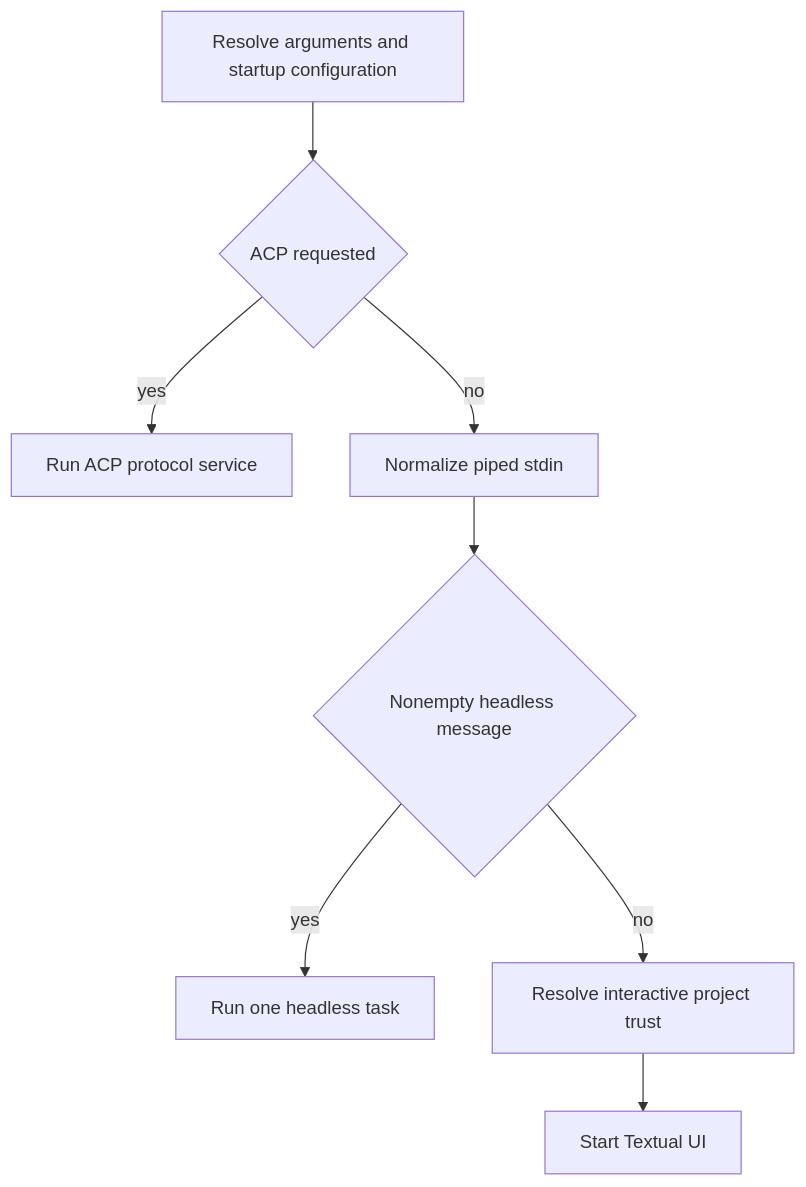
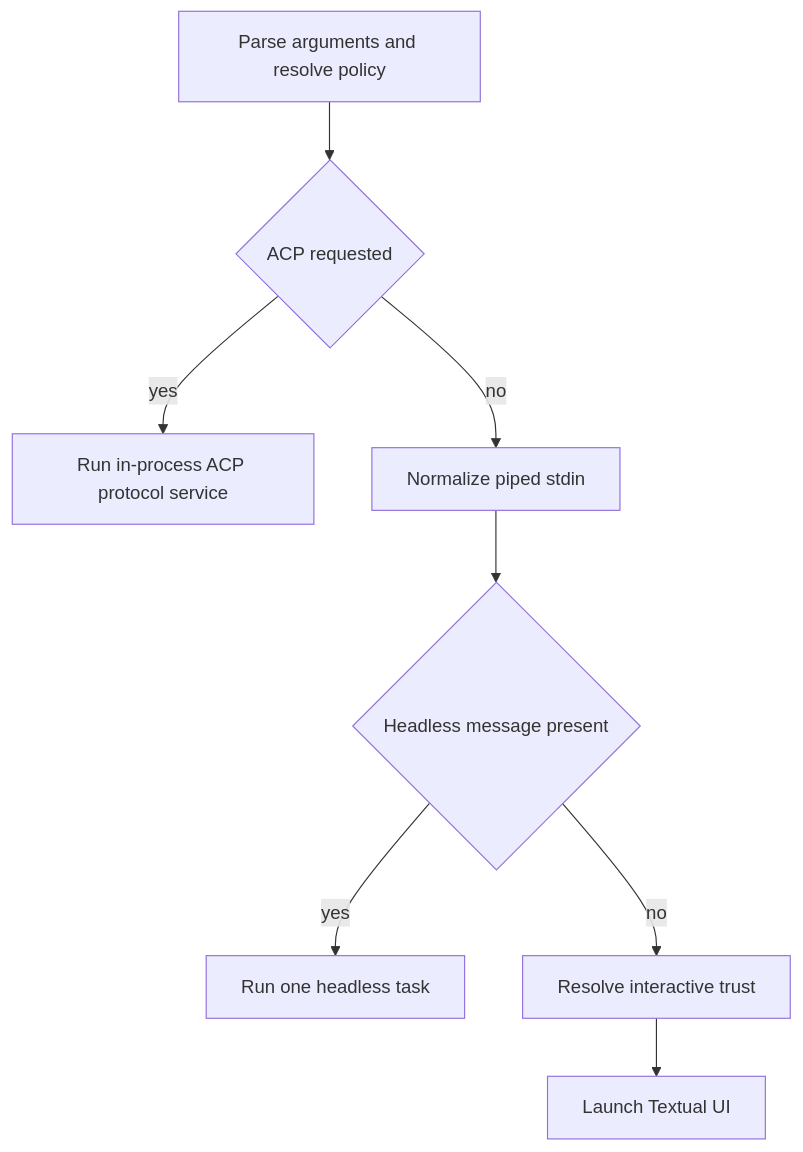
The first of 4 diagrams in openwiki/workflows/run-dcode-session.md (langchain-ai/deepagents), drawn with Mermaid before and after one commit. The commit also changed other lines of this file and 33 other files, not shown here.

````diff
--- a/openwiki/workflows/run-dcode-session.md
+++ b/openwiki/workflows/run-dcode-session.md
@@ -67,10 +53,10 @@
 ```mermaid
 flowchart TD
-    Args["Resolve arguments and startup configuration"] --> AcpChoice{"ACP requested"}
-    AcpChoice -->|yes| AcpService["Run ACP protocol service"]
-    AcpChoice -->|no| Stdin["Normalize piped stdin"]
-    Stdin --> TaskChoice{"Nonempty headless message"}
+    Args["Parse arguments and resolve policy"] --> ACPChoice{"ACP requested"}
+    ACPChoice -->|yes| ACP["Run in-process ACP protocol service"]
+    ACPChoice -->|no| Pipe["Normalize piped stdin"]
+    Pipe --> TaskChoice{"Headless message present"}
     TaskChoice -->|yes| Headless["Run one headless task"]
-    TaskChoice -->|no| Trust["Resolve interactive project trust"]
-    Trust --> Tui["Start Textual UI"]
+    TaskChoice -->|no| Trust["Resolve interactive trust"]
+    Trust --> TUI["Launch Textual UI"]
 ```
````
